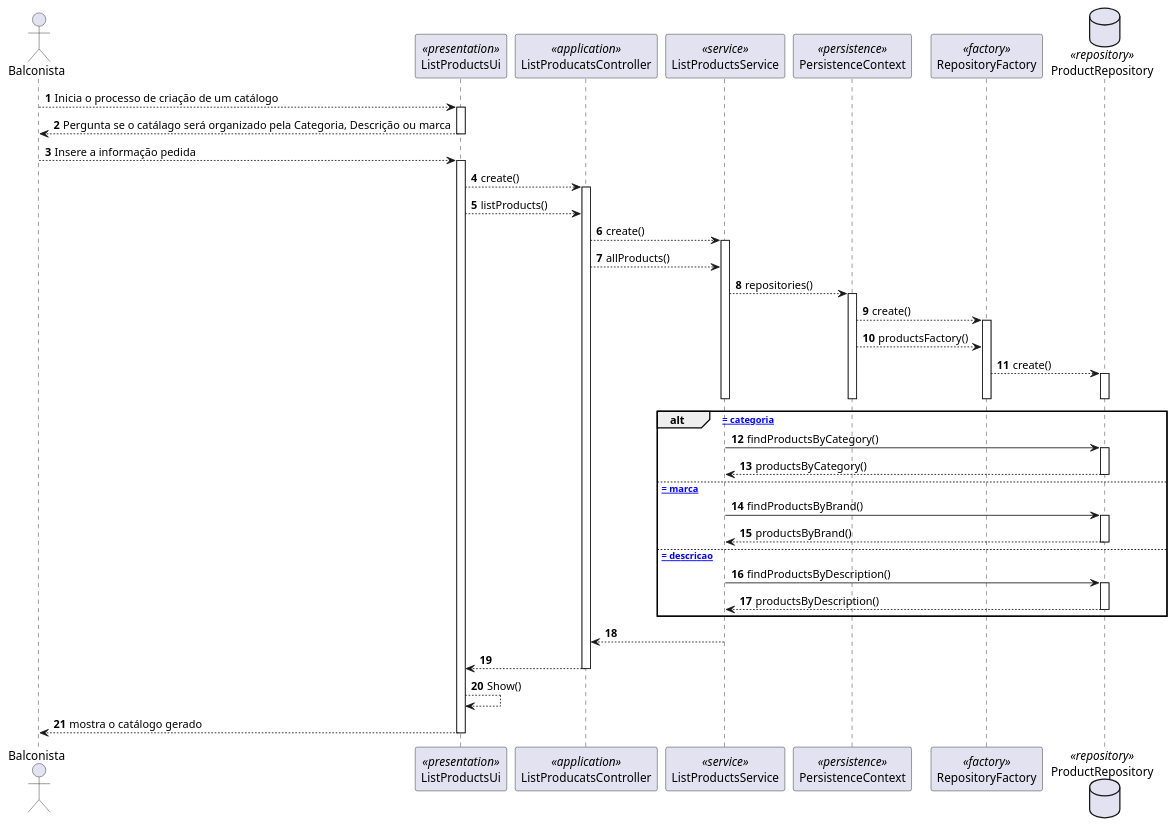
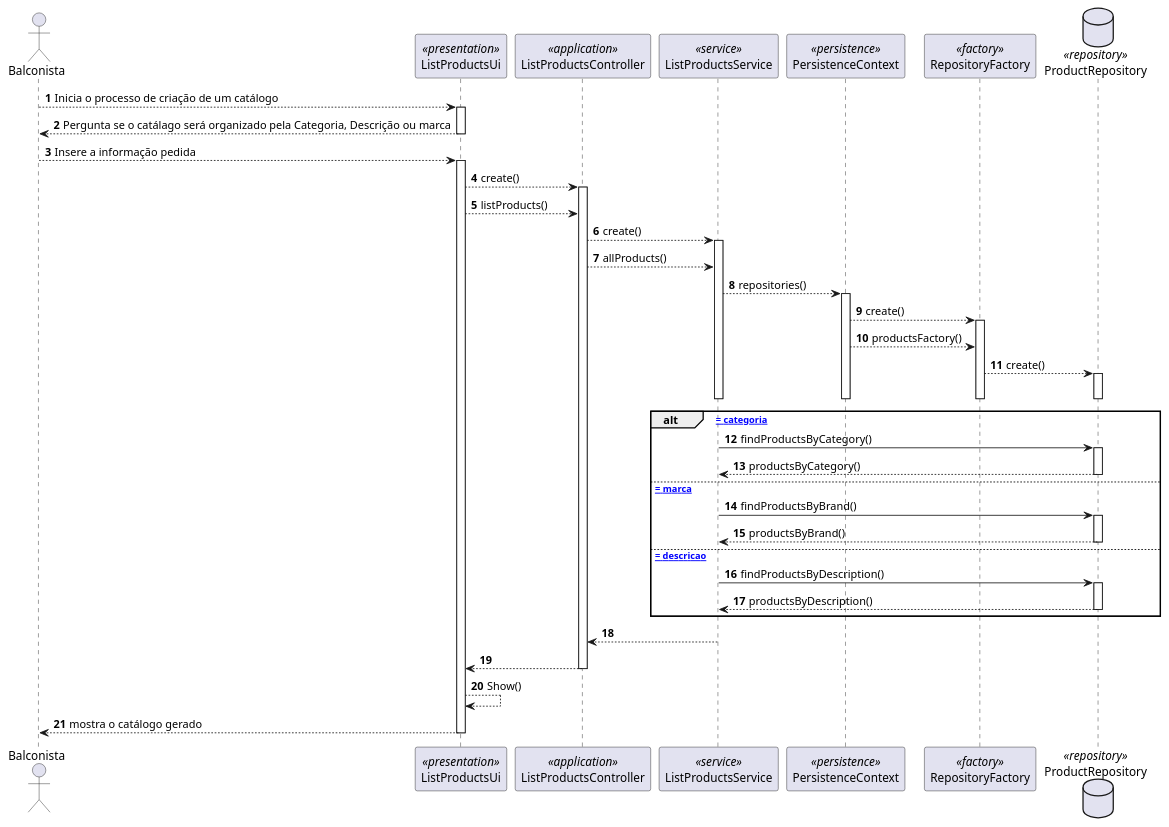
The diagram in docs/1200720/US1002/SD_US1002.puml (0franciscor/lei21_22_s4_2de_01), drawn with PlantUML before and after one commit. The commit also changed 15 other files, not shown here.

```diff
--- a/docs/1200720/US1002/SD_US1002.puml
+++ b/docs/1200720/US1002/SD_US1002.puml
@@ -1,73 +1,72 @@
 @startuml
 'https://plantuml.com/sequence-diagram
 
 
 actor Balconista as B
 participant ListProductsUi as Ui <<presentation>>
-participant ListProducatsController as CT <<application>>
+participant ListProductsController as CT <<application>>
 participant ListProductsService as SR <<service>>
 participant PersistenceContext as CTX <<persistence>>
 participant RepositoryFactory as FT <<factory>>
 database ProductRepository as REPO <<repository>>
 
 autonumber
 
 B --> Ui : Inicia o processo de criação de um catálogo
 
 activate Ui
 Ui --> B : Pergunta se o catálago será organizado pela Categoria, Descrição ou marca
 deactivate Ui
 
 
 B --> Ui : Insere a informação pedida
 activate Ui
 Ui --> CT : create()
 activate CT
 Ui --> CT : listProducts()
 CT --> SR : create()
 activate SR
 CT --> SR : allProducts()
 SR --> CTX : repositories()
 activate CTX
 CTX --> FT : create()
 activate FT
 CTX --> FT : productsFactory()
 FT --> REPO : create()
 activate REPO
 deactivate REPO
 deactivate FT
 deactivate SR
 deactivate CTX
 
 
 alt [information = categoria]
 
 SR -> REPO : findProductsByCategory()
 
 activate REPO
 REPO --> SR : productsByCategory()
 
+deactivate REPO
 
-deactivate REPO
-deactivate SR
 else [information = marca]
 SR -> REPO : findProductsByBrand()
 activate REPO
 REPO --> SR : productsByBrand()
 deactivate REPO
 
 else [information = descricao]
 SR -> REPO : findProductsByDescription()
 activate REPO
 REPO --> SR : productsByDescription()
 deactivate REPO
 end
 SR --> CT :
 
 CT --> Ui :
 deactivate CT
 Ui --> Ui : Show()
 Ui --> B : mostra o catálogo gerado
 deactivate Ui
 
 @enduml
```
